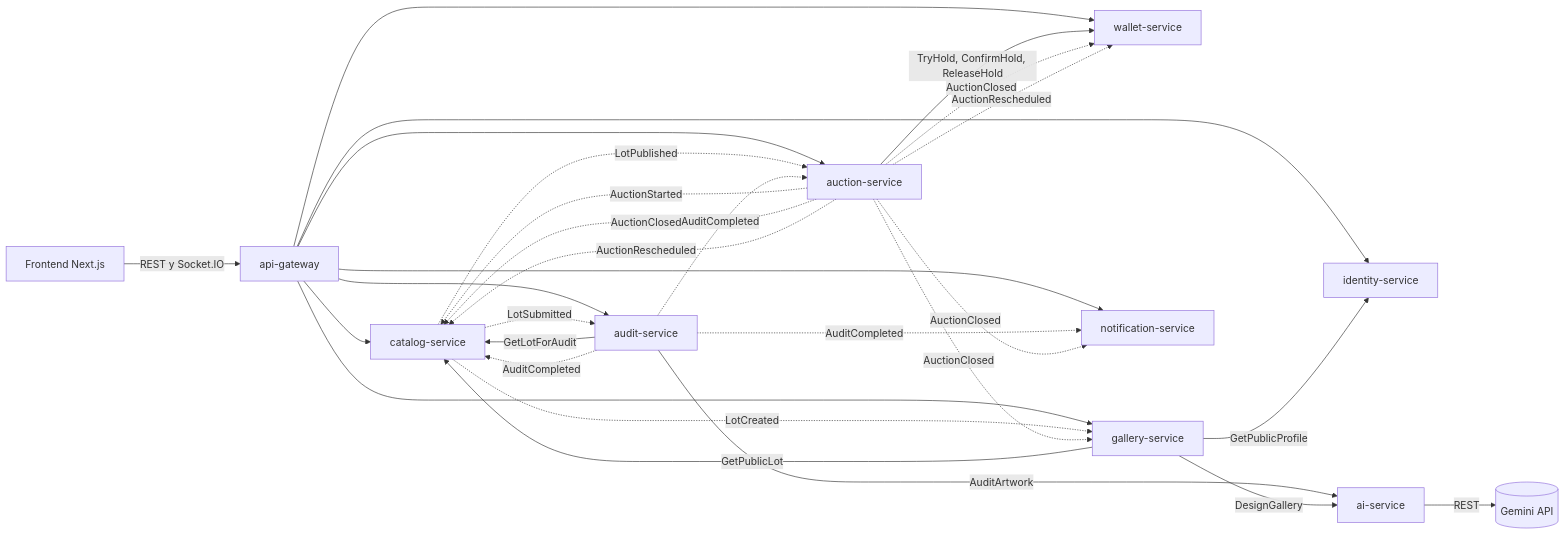
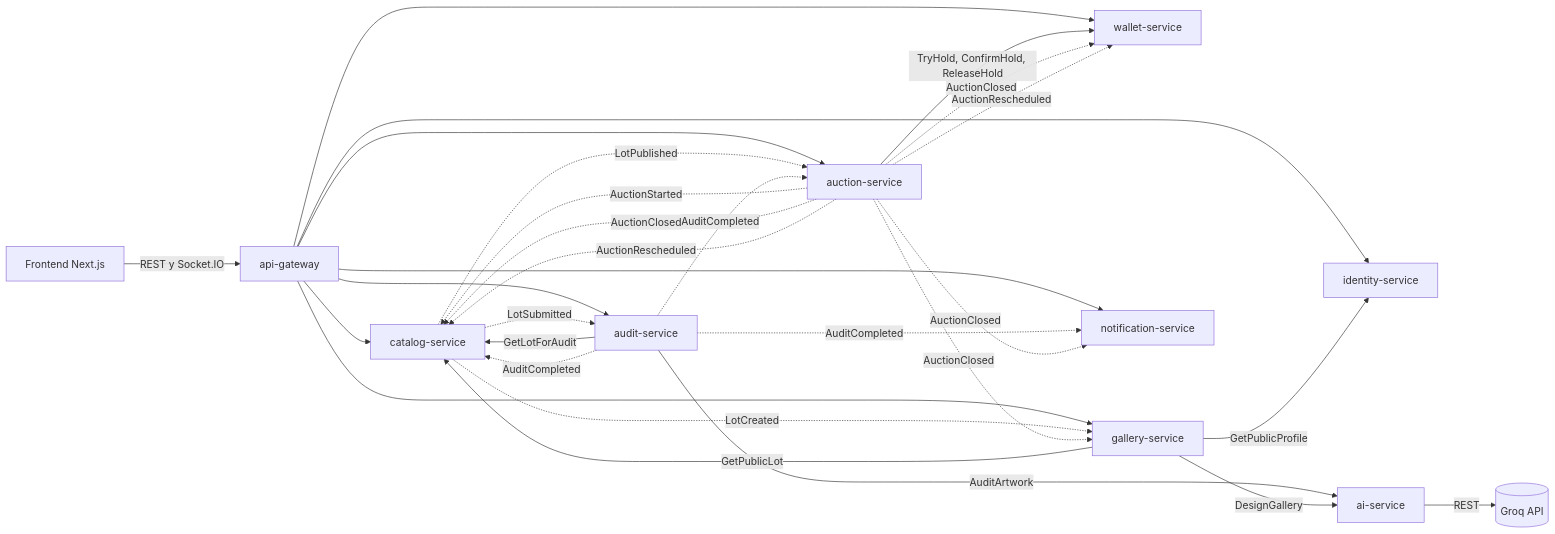
Before and after one commit to Juan-Camilo-Martinez-B/artauction_backend: the diagram in docs/arquitectura/contextos.md, drawn with Mermaid. The commit also changed 9 other files, not shown here.

````diff
--- a/docs/arquitectura/contextos.md
+++ b/docs/arquitectura/contextos.md
@@ -5,34 +5,34 @@
 ```mermaid
 flowchart LR
   FE[Frontend Next.js] -- REST y Socket.IO --> GW[api-gateway]
 
   GW --> ID[identity-service]
   GW --> CAT[catalog-service]
   GW --> AUC[auction-service]
   GW --> WAL[wallet-service]
   GW --> AUD[audit-service]
   GW --> GAL[gallery-service]
   GW --> NOT[notification-service]
 
   AUC -- TryHold, ConfirmHold, ReleaseHold --> WAL
   AUD -- GetLotForAudit --> CAT
   AUD -- AuditArtwork --> AI[ai-service]
   GAL -- DesignGallery --> AI
   GAL -- GetPublicLot --> CAT
   GAL -- GetPublicProfile --> ID
-  AI -- REST --> GEM[(Gemini API)]
+  AI -- REST --> GEM[(Groq API)]
 
   CAT -. LotCreated .-> GAL
   CAT -. LotSubmitted .-> AUD
   CAT -. LotPublished .-> AUC
   AUD -. AuditCompleted .-> CAT
   AUD -. AuditCompleted .-> AUC
   AUD -. AuditCompleted .-> NOT
   AUC -. AuctionStarted .-> CAT
   AUC -. AuctionClosed .-> WAL
   AUC -. AuctionClosed .-> CAT
   AUC -. AuctionClosed .-> GAL
   AUC -. AuctionClosed .-> NOT
   AUC -. AuctionRescheduled .-> WAL
   AUC -. AuctionRescheduled .-> CAT
 ```
````
